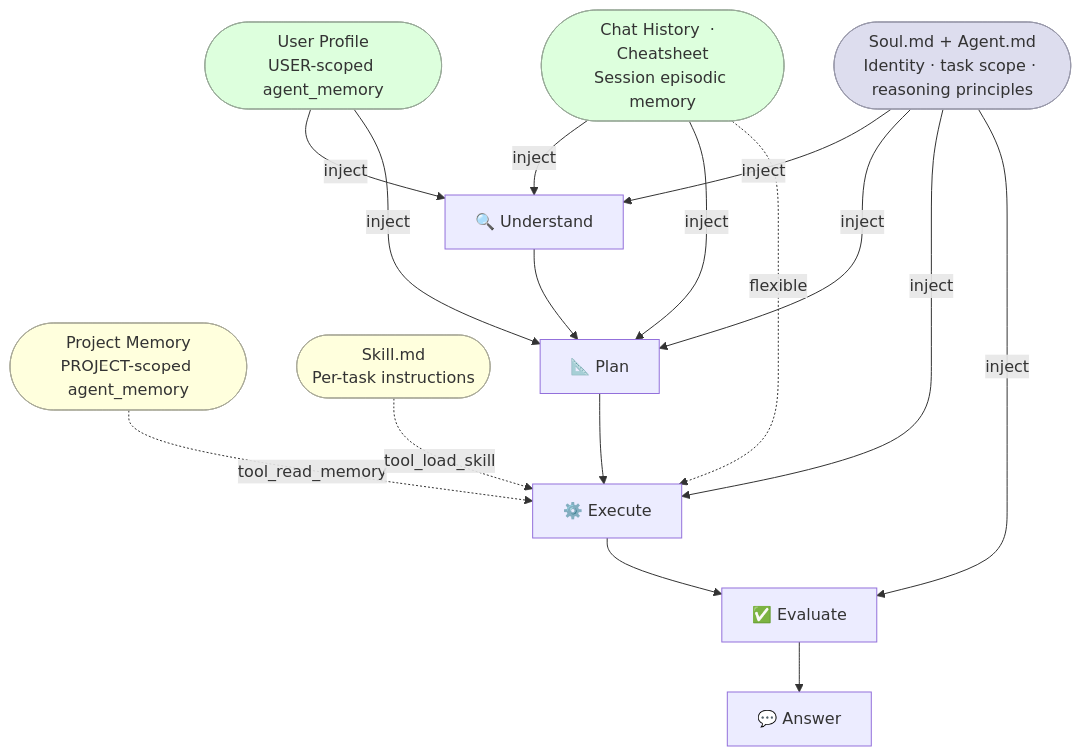
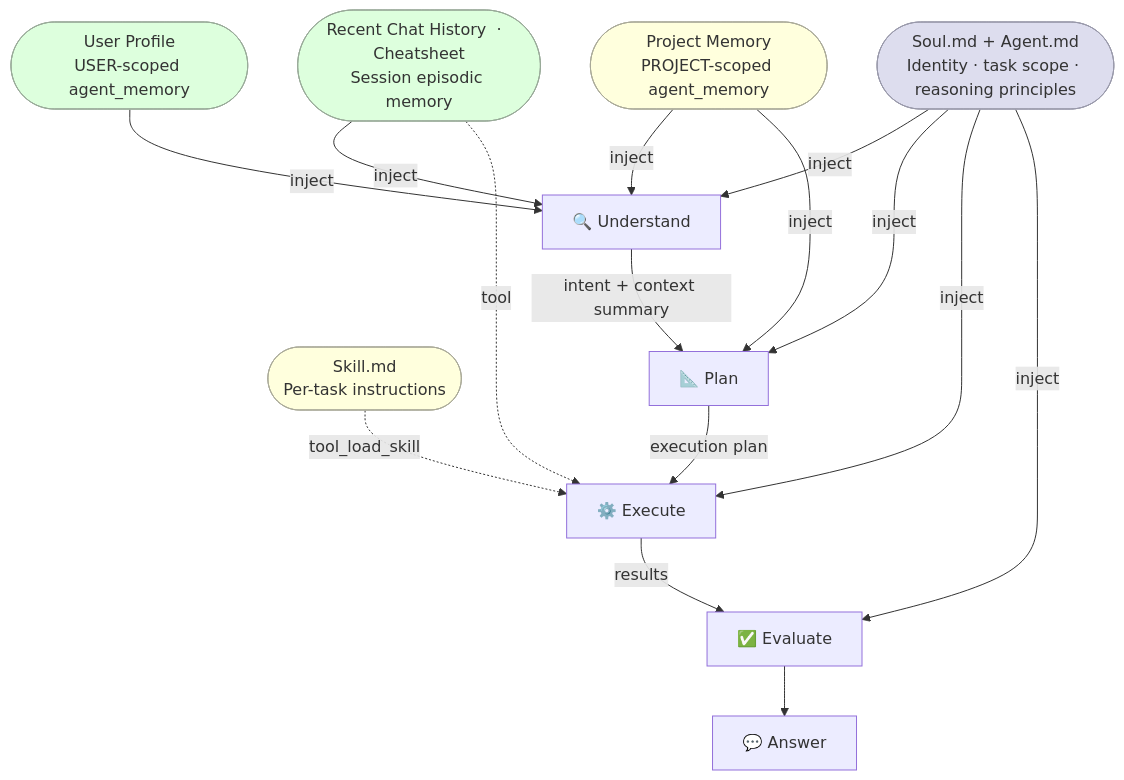
One commit to wiedersehne/Ida-arch changed the fourth of 4 diagrams in memory_arch.md. Above: the diagram before and after it, drawn with Mermaid. The commit also changed other lines of this file, not shown here.

````diff
--- a/memory_arch.md
+++ b/memory_arch.md
@@ -282,31 +282,34 @@
 ```mermaid
 flowchart TD
     soul(["Soul.md + Agent.md\nIdentity · task scope · reasoning principles"])
-    ep(["Chat History  ·  Cheatsheet\nSession episodic memory"])
+    ep(["Recent Chat History  ·  Cheatsheet\nSession episodic memory"])
     up(["User Profile\nUSER-scoped agent_memory"])
     pm(["Project Memory\nPROJECT-scoped agent_memory"])
     sk(["Skill.md\nPer-task instructions"])
 
-    U["🔍 Understand"] --> P["📐 Plan"] --> Ex["⚙️ Execute"] --> Ev["✅ Evaluate"] --> A["💬 Answer"]
+    U["🔍 Understand"] -->|intent + context summary| P["📐 Plan"]
+    P -->|execution plan| Ex["⚙️ Execute"]
+    Ex -->|results| Ev["✅ Evaluate"]
+    Ev --> A["💬 Answer"]
 
     soul -->|inject| U
     soul -->|inject| P
     soul -->|inject| Ex
     soul -->|inject| Ev
 
     ep -->|inject| U
-    ep -->|inject| P
-    ep -.->|flexible| Ex
+    ep -.->|tool| Ex
 
     up -->|inject| U
-    up -->|inject| P
 
-    pm -.->|tool_read_memory| Ex
+    pm -->|inject| U
+    pm -->|inject| P
+
     sk -.->|tool_load_skill| Ex
 
     style soul fill:#dde,stroke:#99a
     style ep fill:#dfd,stroke:#9a9
     style up fill:#dfd,stroke:#9a9
     style pm fill:#ffd,stroke:#aa9
     style sk fill:#ffd,stroke:#aa9
 ```
````
